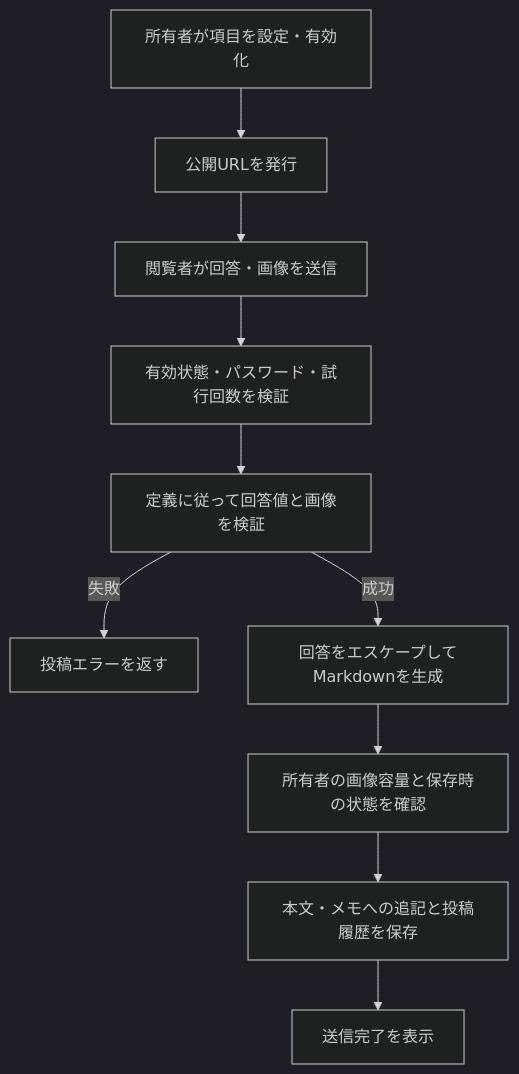
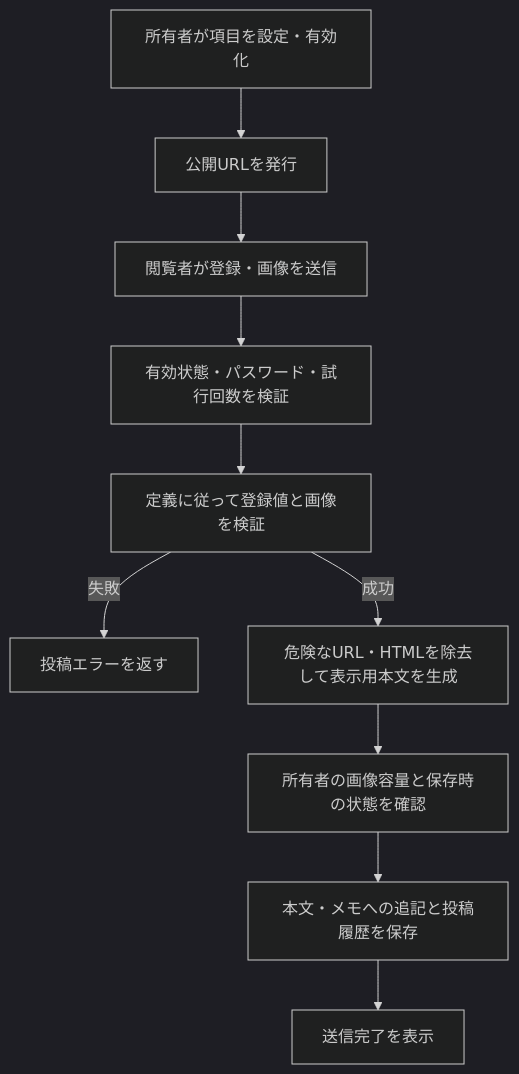
The diagram in docs/PUBLIC_FORMS.md (itsuki-maru/GeoCode-Web-Single), drawn with Mermaid (dark theme) before and after one commit. The commit also changed other lines of this file and 142 other files, not shown here.

````diff
--- a/docs/PUBLIC_FORMS.md
+++ b/docs/PUBLIC_FORMS.md
@@ -11,12 +13,12 @@
 ```mermaid
 flowchart TD
     A["所有者が項目を設定・有効化"] --> B["公開URLを発行"]
-    B --> C["閲覧者が回答・画像を送信"]
+    B --> C["閲覧者が登録・画像を送信"]
     C --> D["有効状態・パスワード・試行回数を検証"]
-    D --> E["定義に従って回答値と画像を検証"]
+    D --> E["定義に従って登録値と画像を検証"]
     E -->|失敗| F["投稿エラーを返す"]
-    E -->|成功| G["回答をエスケープしてMarkdownを生成"]
+    E -->|成功| G["危険なURL・HTMLを除去して表示用本文を生成"]
     G --> H["所有者の画像容量と保存時の状態を確認"]
     H --> I["本文・メモへの追記と投稿履歴を保存"]
     I --> J["送信完了を表示"]
 ```
````
